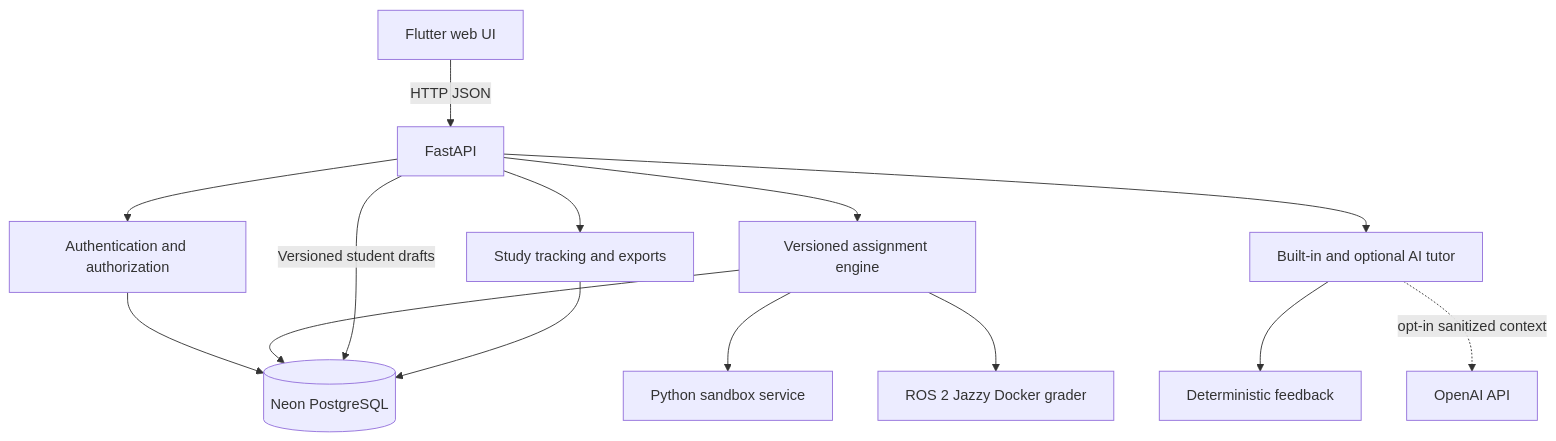
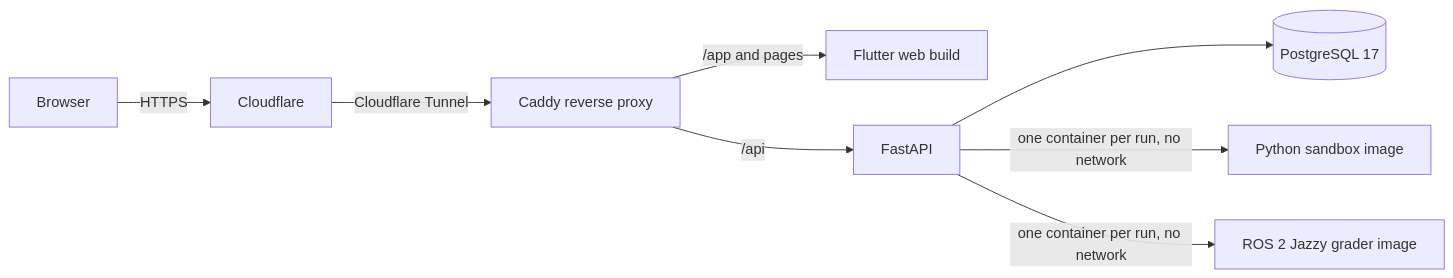
Before and after one commit to CS-Ponkoj/Robotics-Programming-Lab-Live: the diagram in README.md, drawn with Mermaid. The commit also changed other lines of this file, not shown here.

````diff
--- a/README.md
+++ b/README.md
@@ -202,16 +41,10 @@
 ```mermaid
-flowchart TB
-    Browser[Flutter web UI] -->|HTTP JSON| API[FastAPI]
-    API --> Auth[Authentication and authorization]
-    API --> Engine[Versioned assignment engine]
-    API --> Tutor[Built-in and optional AI tutor]
-    API --> Research[Study tracking and exports]
-    Auth --> DB[(Neon PostgreSQL)]
-    Engine --> DB
-    API -->|Versioned student drafts| DB
-    Research --> DB
-    Engine --> PythonSandbox[Python sandbox service]
-    Engine --> ROS[ROS 2 Jazzy Docker grader]
-    Tutor --> BuiltIn[Deterministic feedback]
-    Tutor -. opt-in sanitized context .-> OpenAI[OpenAI API]
+flowchart LR
+    Browser[Browser] -->|HTTPS| CF[Cloudflare]
+    CF -->|Cloudflare Tunnel| Caddy[Caddy reverse proxy]
+    Caddy -->|/app and pages| Web[Flutter web build]
+    Caddy -->|/api| API[FastAPI]
+    API --> DB[(PostgreSQL 17)]
+    API -->|one container per run, no network| PySandbox[Python sandbox image]
+    API -->|one container per run, no network| ROS[ROS 2 Jazzy grader image]
 ```
````
